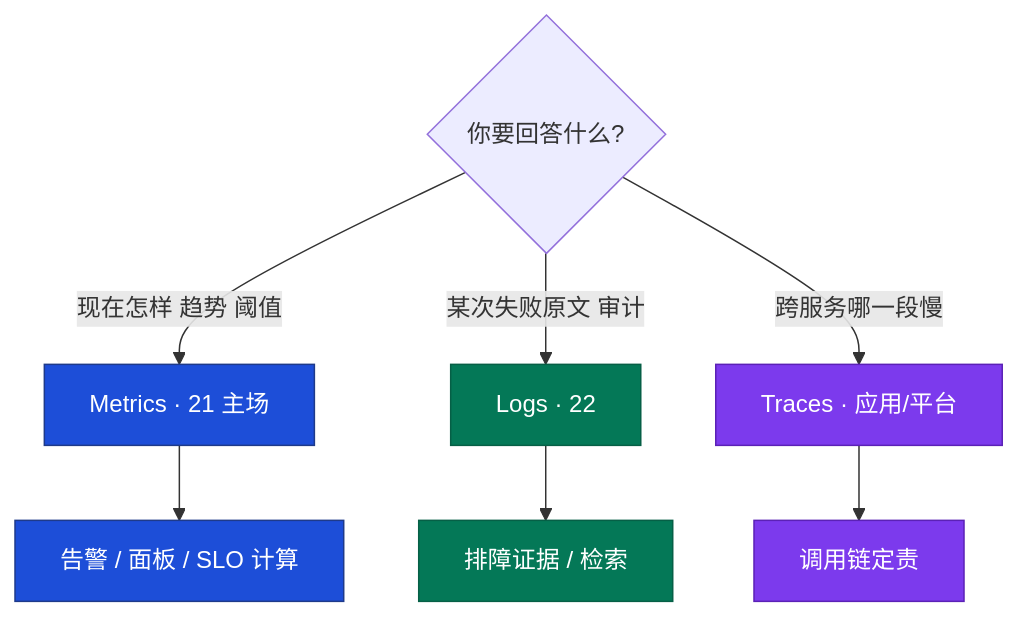
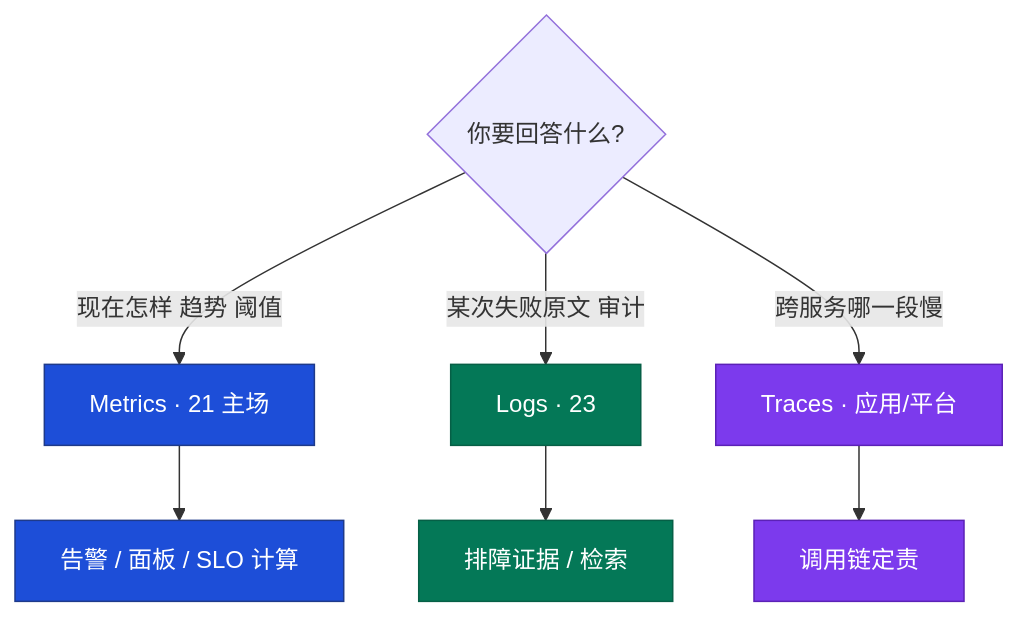
The third of 7 diagrams in 01-基础底座/22-监控与告警/知识点.md (ml-cuizijun/LearnToLilith), drawn with Mermaid before and after one commit. The commit also changed other lines of this file and 56 other files, not shown here.

````diff
--- a/01-基础底座/22-监控与告警/知识点.md
+++ b/01-基础底座/22-监控与告警/知识点.md
@@ -374,18 +374,18 @@
 ```mermaid
 flowchart TB
     Q{你要回答什么?}
     Q -->|现在怎样 趋势 阈值| M[Metrics · 21 主场]
-    Q -->|某次失败原文 审计| L[Logs · 22]
+    Q -->|某次失败原文 审计| L[Logs · 23]
     Q -->|跨服务哪一段慢| T[Traces · 应用/平台]
 
     M --> A[告警 / 面板 / SLO 计算]
     L --> B[排障证据 / 检索]
     T --> C[调用链定责]
 
     classDef a fill:#1D4ED8,stroke:#1E3A8A,color:#fff
     classDef b fill:#047857,stroke:#065F46,color:#fff
     classDef c fill:#7C3AED,stroke:#5B21B6,color:#fff
     class M,A a
     class L,B b
     class T,C c
 ```
````
